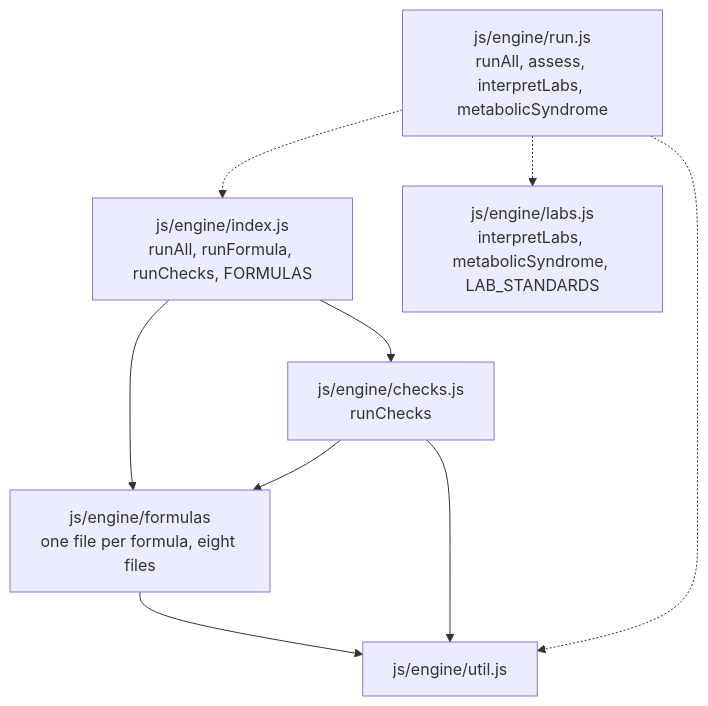
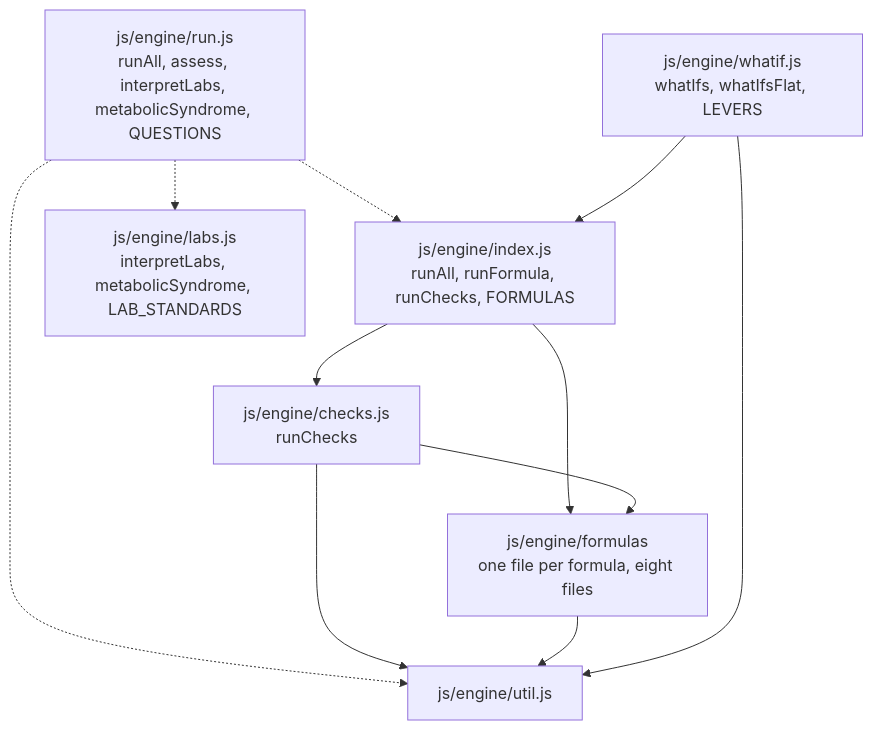
One commit to tingwei161803/unify-risk changed the fourth of 8 diagrams in docs/architecture.md. Above: the diagram before and after it, drawn with Mermaid. The commit also changed other lines of this file and 1 other file, not shown here.

First line of the commit message:
Bring the architecture overview up to date with main

````diff
--- a/docs/architecture.md
+++ b/docs/architecture.md
@@ -166,18 +241,21 @@
 ```mermaid
 flowchart TD
-    RUN["js/engine/run.js<br/>runAll, assess, interpretLabs, metabolicSyndrome"]
+    RUN["js/engine/run.js<br/>runAll, assess, interpretLabs, metabolicSyndrome, QUESTIONS"]
     INDEX["js/engine/index.js<br/>runAll, runFormula, runChecks, FORMULAS"]
     LABS["js/engine/labs.js<br/>interpretLabs, metabolicSyndrome, LAB_STANDARDS"]
     FORMULAS["js/engine/formulas<br/>one file per formula, eight files"]
     CHECKS["js/engine/checks.js<br/>runChecks"]
+    WHATIF["js/engine/whatif.js<br/>whatIfs, whatIfsFlat, LEVERS"]
     UTIL["js/engine/util.js"]
 
     RUN -.-> INDEX
     RUN -.-> LABS
     RUN -.-> UTIL
     INDEX --> FORMULAS
     INDEX --> CHECKS
     CHECKS --> FORMULAS
     CHECKS --> UTIL
     FORMULAS --> UTIL
+    WHATIF --> INDEX
+    WHATIF --> UTIL
 ```
````
